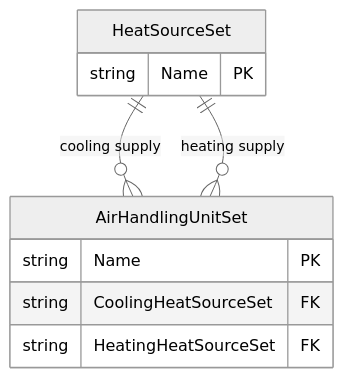
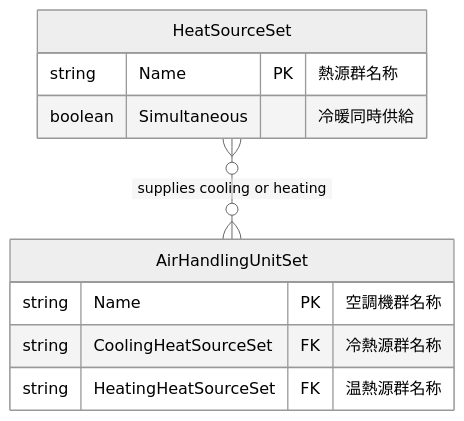
The ninth of 10 diagrams in architecture/03_entity_relationship.md (AutoRecord/BESJP_EngineeringReference), drawn with Mermaid (neutral theme) before and after one commit. The commit also changed other lines of this file, not shown here.

````diff
--- a/architecture/03_entity_relationship.md
+++ b/architecture/03_entity_relationship.md
@@ -703,15 +734,16 @@
 ```mermaid
 erDiagram
-    HeatSourceSet ||--o{ AirHandlingUnitSet : "cooling supply"
-    HeatSourceSet ||--o{ AirHandlingUnitSet : "heating supply"
+    %% 冷熱源と温熱源を別々に参照
+    HeatSourceSet }o--o{ AirHandlingUnitSet : "supplies cooling or heating"
 
     HeatSourceSet {
-        string Name PK
+        string Name PK "熱源群名称"
+        boolean Simultaneous "冷暖同時供給"
     }
 
     AirHandlingUnitSet {
-        string Name PK
-        string CoolingHeatSourceSet FK
-        string HeatingHeatSourceSet FK
+        string Name PK "空調機群名称"
+        string CoolingHeatSourceSet FK "冷熱源群名称"
+        string HeatingHeatSourceSet FK "温熱源群名称"
     }
 ```
````
